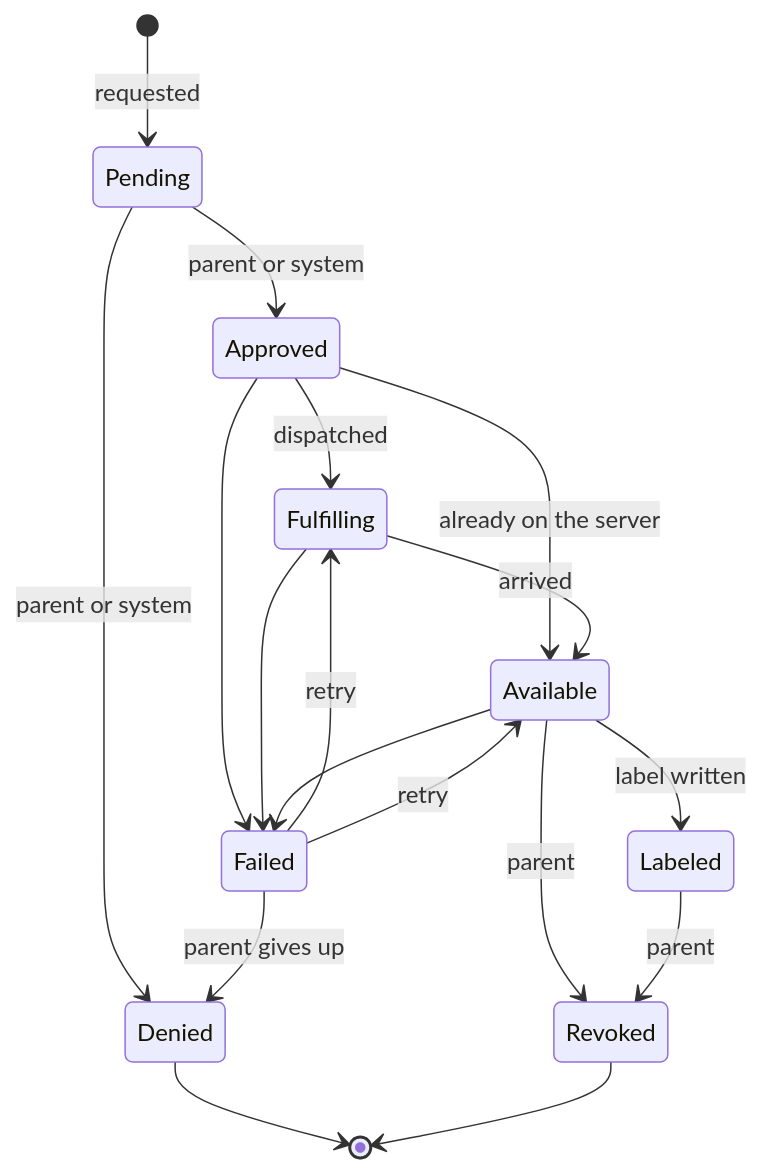
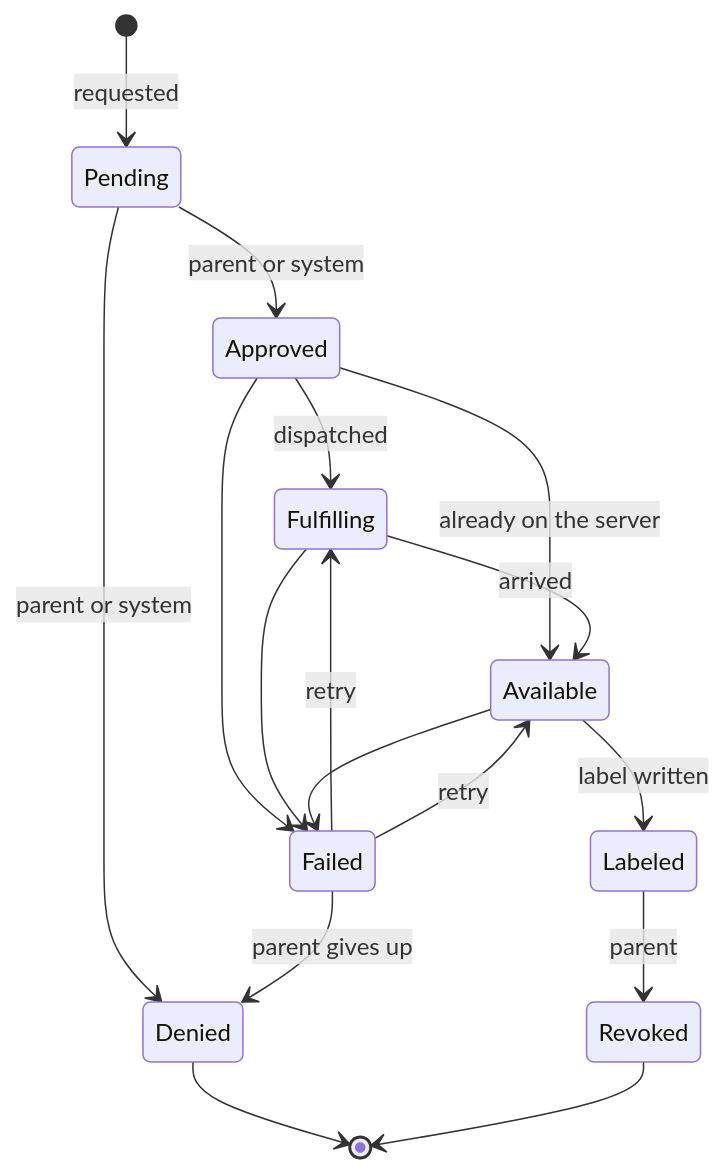
The diagram in docs/requests.md (glensouza/wishlistarr), drawn with Mermaid before and after one commit. The commit also changed other lines of this file and 10 other files, not shown here.

````diff
--- a/docs/requests.md
+++ b/docs/requests.md
@@ -7,20 +7,19 @@
 ```mermaid
 stateDiagram-v2
     [*] --> Pending: requested
     Pending --> Approved: parent or system
     Pending --> Denied: parent or system
     Approved --> Fulfilling: dispatched
     Approved --> Available: already on the server
     Approved --> Failed
     Fulfilling --> Available: arrived
     Fulfilling --> Failed
     Available --> Labeled: label written
     Available --> Failed
-    Available --> Revoked: parent
     Labeled --> Revoked: parent
     Failed --> Fulfilling: retry
     Failed --> Available: retry
     Failed --> Denied: parent gives up
     Denied --> [*]
     Revoked --> [*]
 ```
````
